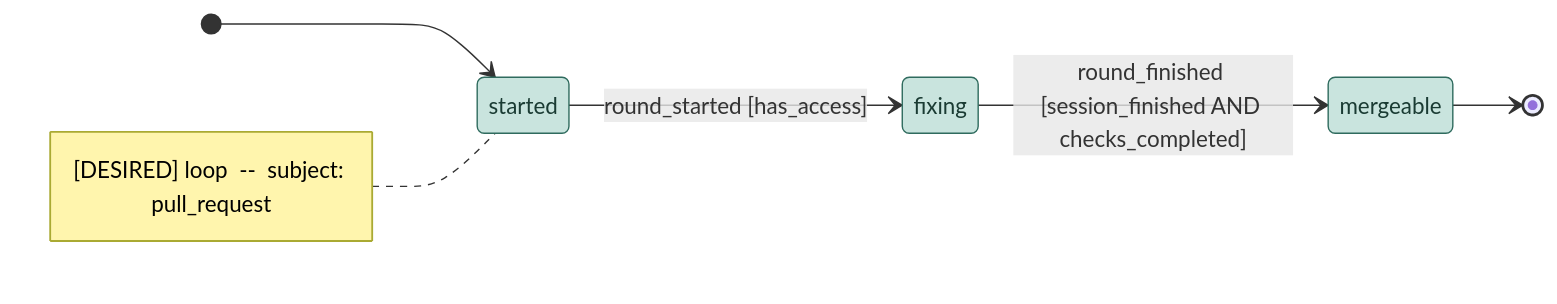
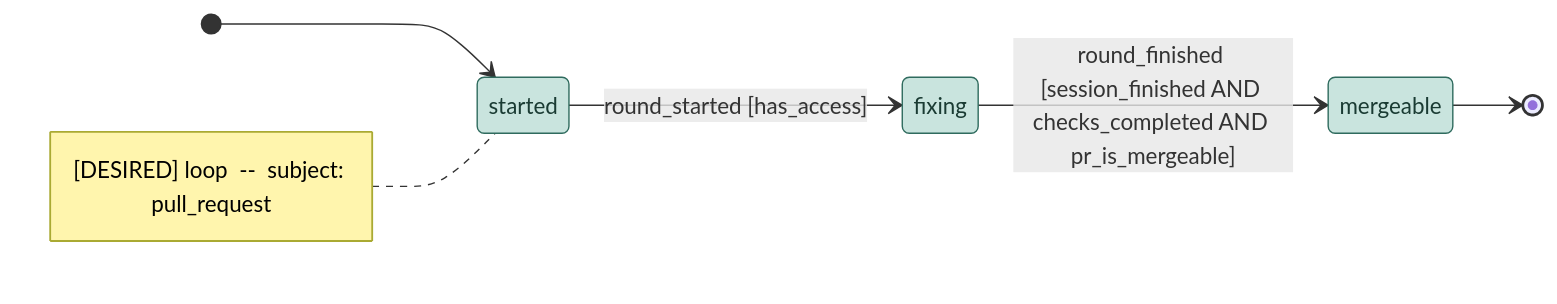
The diagram in .github/conveyor-model/mermaid/desired/loop.mmd (kostiantyn-matsebora/agent-ops-operator), drawn with Mermaid before and after one commit. The commit also changed 1 other file, not shown here.

Commit message:
fix(conveyor): fixing -> mergeable also requires pr_is_mergeable
session_finished AND checks_completed alone did not say the PR is
actually in a mergeable state -- added pr_is_mergeable as a third
required clause.

```diff
--- a/.github/conveyor-model/mermaid/desired/loop.mmd
+++ b/.github/conveyor-model/mermaid/desired/loop.mmd
@@ -1,15 +1,15 @@
 stateDiagram-v2
     direction LR
     [*] --> started
     note left of started
         [DESIRED] loop  --  subject: pull_request
     end note
     classDef stationState fill:#e8d5b5,stroke:#8a6d3b,color:#4a3b1f
     classDef loopState fill:#c9e4de,stroke:#2f6b5e,color:#1a3b33
     state started
     state fixing
     state mergeable
     started --> fixing : round_started [has_access]
-    fixing --> mergeable : round_finished [session_finished AND checks_completed]
+    fixing --> mergeable : round_finished [session_finished AND checks_completed AND pr_is_mergeable]
     mergeable --> [*]
     class started, fixing, mergeable loopState
```
